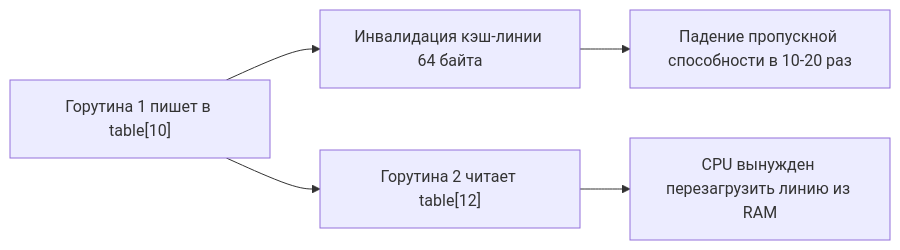
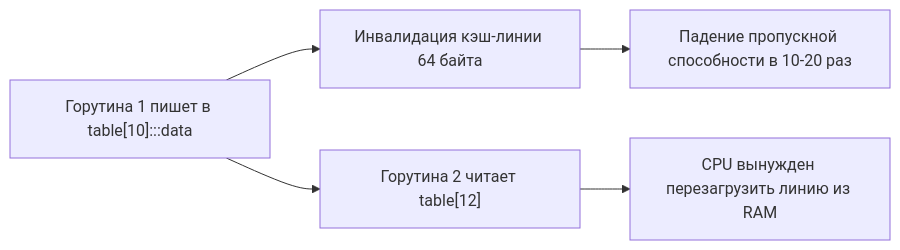
One commit to UnrealTemplier/go-textbook changed the second of 3 diagrams in sources/21. Задачи с LeetCode и собеседований на Go/02. Задачи/28. Потоковые алгоритмы/2. Heavy hitters.md. Above: the diagram before and after it, drawn with Mermaid. The commit also changed other lines of this file and 1666 other files, not shown here.

First line of the commit message:
feat(mermaid): add semantic color classDef to 1369 colorless flowchart/graph diagrams

````diff
--- a/sources/21. Задачи с LeetCode и собеседований на Go/02. Задачи/28. Потоковые алгоритмы/2. Heavy hitters.md
+++ b/sources/21. Задачи с LeetCode и собеседований на Go/02. Задачи/28. Потоковые алгоритмы/2. Heavy hitters.md
@@ -181,7 +191,17 @@
 ```mermaid
 flowchart LR
-  A["Горутина 1 пишет в table[10]"] --> B["Инвалидация кэш-линии 64 байта"]
+    classDef process  fill:#1e293b,stroke:#38bdf8,stroke-width:1px,color:#f8fafc
+    classDef success  fill:#064e3b,stroke:#34d399,stroke-width:1px,color:#f8fafc
+    classDef error    fill:#7f1d1d,stroke:#f87171,stroke-width:1px,color:#f8fafc
+    classDef warning  fill:#78350f,stroke:#fbbf24,stroke-width:1px,color:#f8fafc
+    classDef entry    fill:#1e3a5f,stroke:#38bdf8,stroke-width:2px,color:#f8fafc
+    classDef aux      fill:#334155,stroke:#64748b,stroke-width:1px,color:#f8fafc
+    classDef system   fill:#312e81,stroke:#a78bfa,stroke-width:1px,color:#f8fafc
+    classDef data     fill:#132d29,stroke:#2dd4bf,stroke-width:1px,color:#f8fafc
+    classDef network  fill:#881337,stroke:#fb7185,stroke-width:1px,color:#f8fafc
+    classDef accent   fill:#1e1b4b,stroke:#818cf8,stroke-width:1px,color:#f8fafc
+  A["Горутина 1 пишет в table[10]:::data"] --> B["Инвалидация кэш-линии 64 байта"]
   A --> C["Горутина 2 читает table[12]"]
   C --> D["CPU вынужден перезагрузить линию из RAM"]
   B --> E["Падение пропускной способности в 10-20 раз"]
 ```
````
